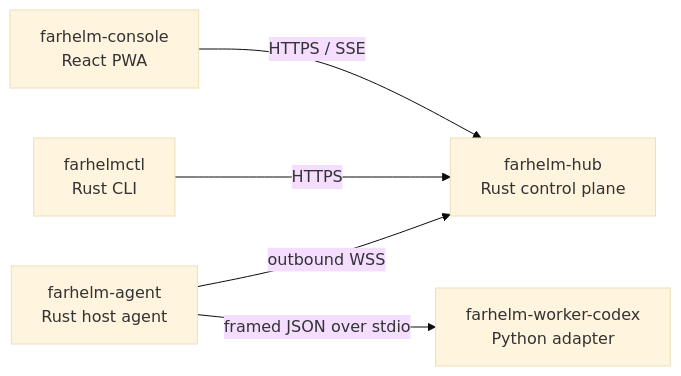
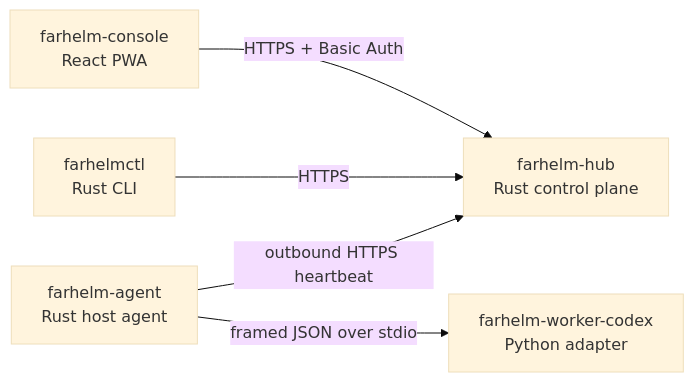
Before and after one commit to Xiiiing/FarHelm: the diagram in README.en.md, drawn with Mermaid (base theme). The commit also changed other lines of this file and 33 other files, not shown here.

Commit message:
feat: add minimal deployable Hub and Agent

````diff
--- a/README.en.md
+++ b/README.en.md
@@ -11,13 +11,13 @@
 ```mermaid
 flowchart LR
     Console["farhelm-console\nReact PWA"]
     Hub["farhelm-hub\nRust control plane"]
     Agent["farhelm-agent\nRust host agent"]
     Worker["farhelm-worker-codex\nPython adapter"]
     CLI["farhelmctl\nRust CLI"]
 
-    Console -->|HTTPS / SSE| Hub
+    Console -->|HTTPS + Basic Auth| Hub
     CLI -->|HTTPS| Hub
-    Agent -->|outbound WSS| Hub
+    Agent -->|outbound HTTPS heartbeat| Hub
     Agent -->|framed JSON over stdio| Worker
 ```
````
